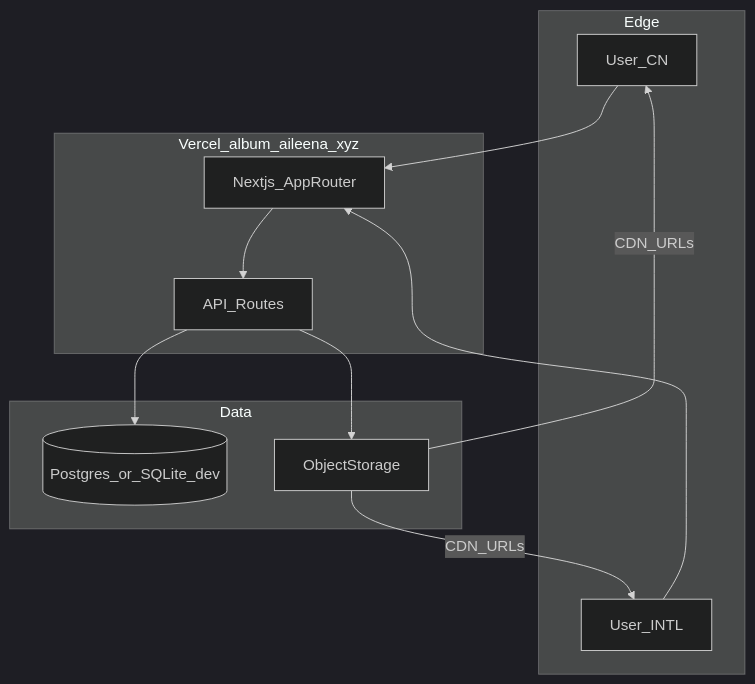
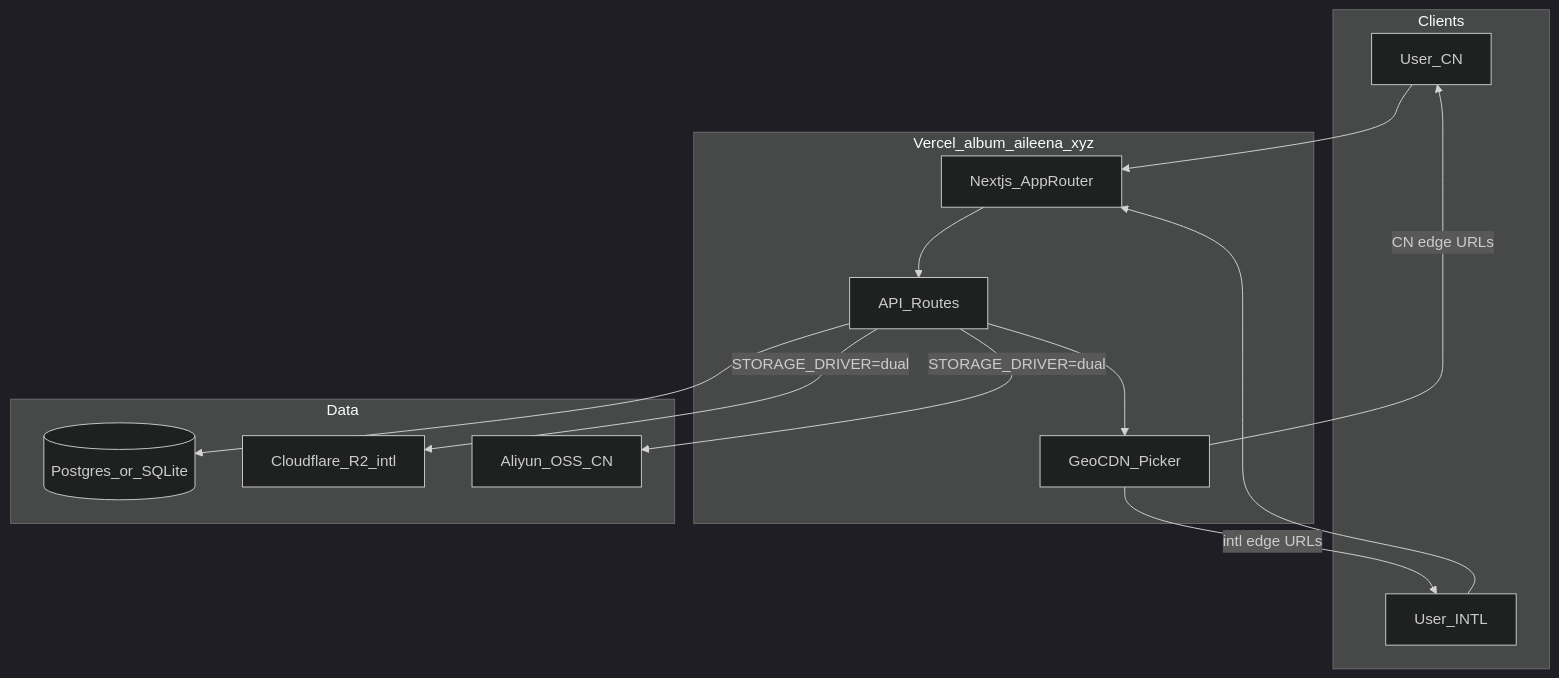
The second of 2 diagrams in album/docs/PRODUCT.md (lilaclilac09/aileen_machina_01), drawn with Mermaid (dark theme) before and after one commit. The commit also changed other lines of this file and 15 other files, not shown here.

First line of the commit message:
feat(album): dual CDN (R2+OSS) and pin front/center modes

````diff
--- a/album/docs/PRODUCT.md
+++ b/album/docs/PRODUCT.md
@@ -94,22 +93,26 @@
 ```mermaid
 flowchart TB
-  subgraph edge [Edge]
+  subgraph clients [Clients]
     userCN[User_CN]
     userINTL[User_INTL]
   end
   subgraph app [Vercel_album_aileena_xyz]
     next[Nextjs_AppRouter]
     api[API_Routes]
+    geo[GeoCDN_Picker]
   end
   subgraph data [Data]
-    db[(Postgres_or_SQLite_dev)]
-    blob[ObjectStorage]
+    db[(Postgres_or_SQLite)]
+    r2[Cloudflare_R2_intl]
+    oss[Aliyun_OSS_CN]
   end
   userCN --> next
   userINTL --> next
   next --> api
   api --> db
-  api --> blob
-  blob -->|CDN_URLs| userCN
-  blob -->|CDN_URLs| userINTL
+  api -->|"STORAGE_DRIVER=dual"| r2
+  api -->|"STORAGE_DRIVER=dual"| oss
+  api --> geo
+  geo -->|"CN edge URLs"| userCN
+  geo -->|"intl edge URLs"| userINTL
 ```
````
